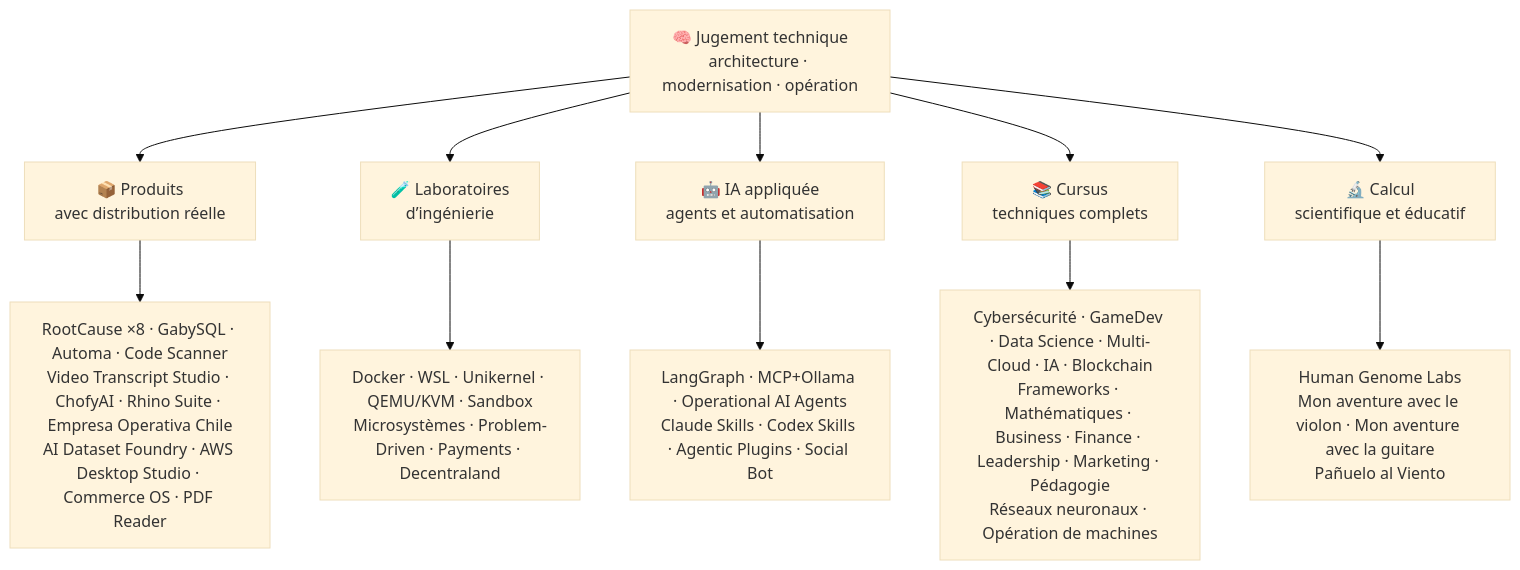
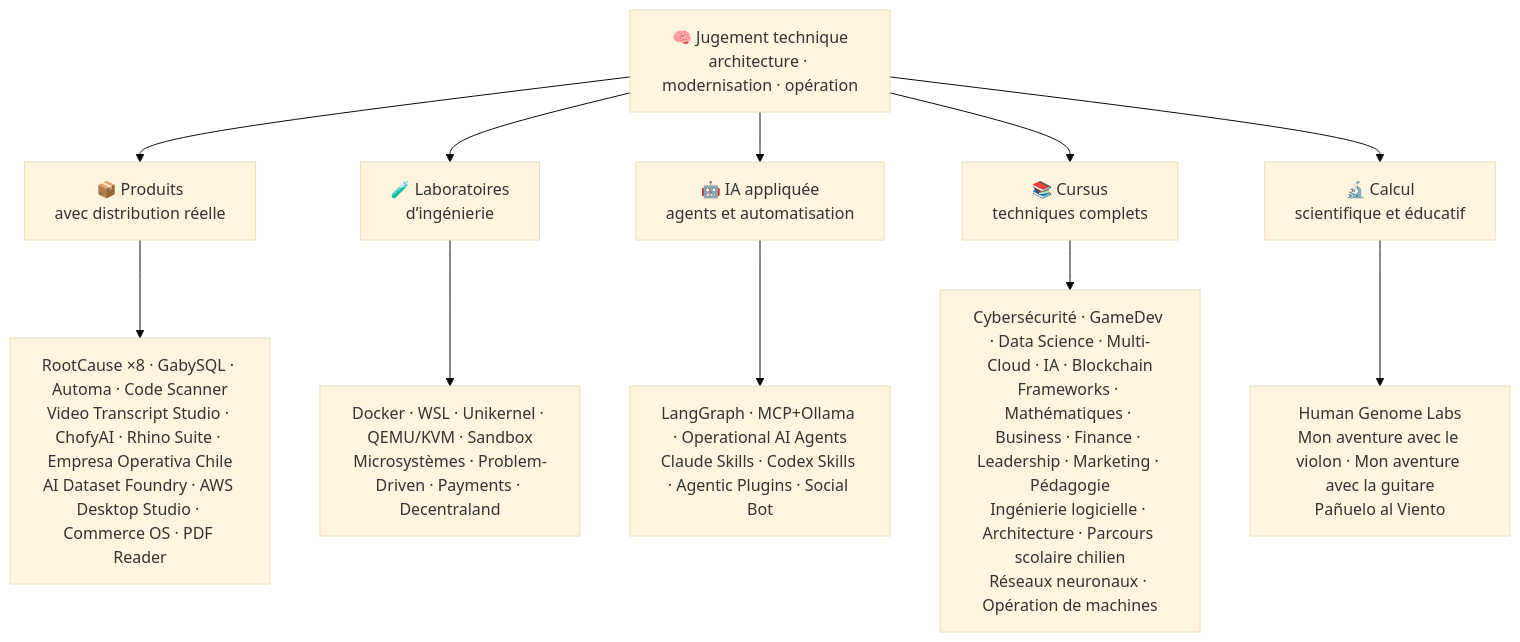
One commit to vladimiracunadev-create/vladimiracunadev-create changed the diagram in README.fr.md. Above: the diagram before and after it, drawn with Mermaid (base theme). The commit also changed other lines of this file and 24 other files, not shown here.

````diff
--- a/README.fr.md
+++ b/README.fr.md
@@ -76,14 +76,14 @@
 ```mermaid
 flowchart TD
     A["🧠 Jugement technique<br/>architecture · modernisation · opération"] --> B["📦 Produits<br/>avec distribution réelle"]
     A --> C["🧪 Laboratoires<br/>d’ingénierie"]
     A --> D["🤖 IA appliquée<br/>agents et automatisation"]
     A --> E["📚 Cursus<br/>techniques complets"]
     A --> F["🔬 Calcul<br/>scientifique et éducatif"]
 
     B --> B1["RootCause ×8 · GabySQL · Automa · Code Scanner<br/>Video Transcript Studio · ChofyAI · Rhino Suite · Empresa Operativa Chile<br/>AI Dataset Foundry · AWS Desktop Studio · Commerce OS · PDF Reader"]
     C --> C1["Docker · WSL · Unikernel · QEMU/KVM · Sandbox<br/>Microsystèmes · Problem-Driven · Payments · Decentraland"]
     D --> D1["LangGraph · MCP+Ollama · Operational AI Agents<br/>Claude Skills · Codex Skills · Agentic Plugins · Social Bot"]
-    E --> E1["Cybersécurité · GameDev · Data Science · Multi-Cloud · IA · Blockchain<br/>Frameworks · Mathématiques · Business · Finance · Leadership · Marketing · Pédagogie<br/>Réseaux neuronaux · Opération de machines"]
+    E --> E1["Cybersécurité · GameDev · Data Science · Multi-Cloud · IA · Blockchain<br/>Frameworks · Mathématiques · Business · Finance · Leadership · Marketing · Pédagogie<br/>Ingénierie logicielle · Architecture · Parcours scolaire chilien<br/>Réseaux neuronaux · Opération de machines"]
     F --> F1["Human Genome Labs<br/>Mon aventure avec le violon · Mon aventure avec la guitare<br/>Pañuelo al Viento"]
 ```
````
